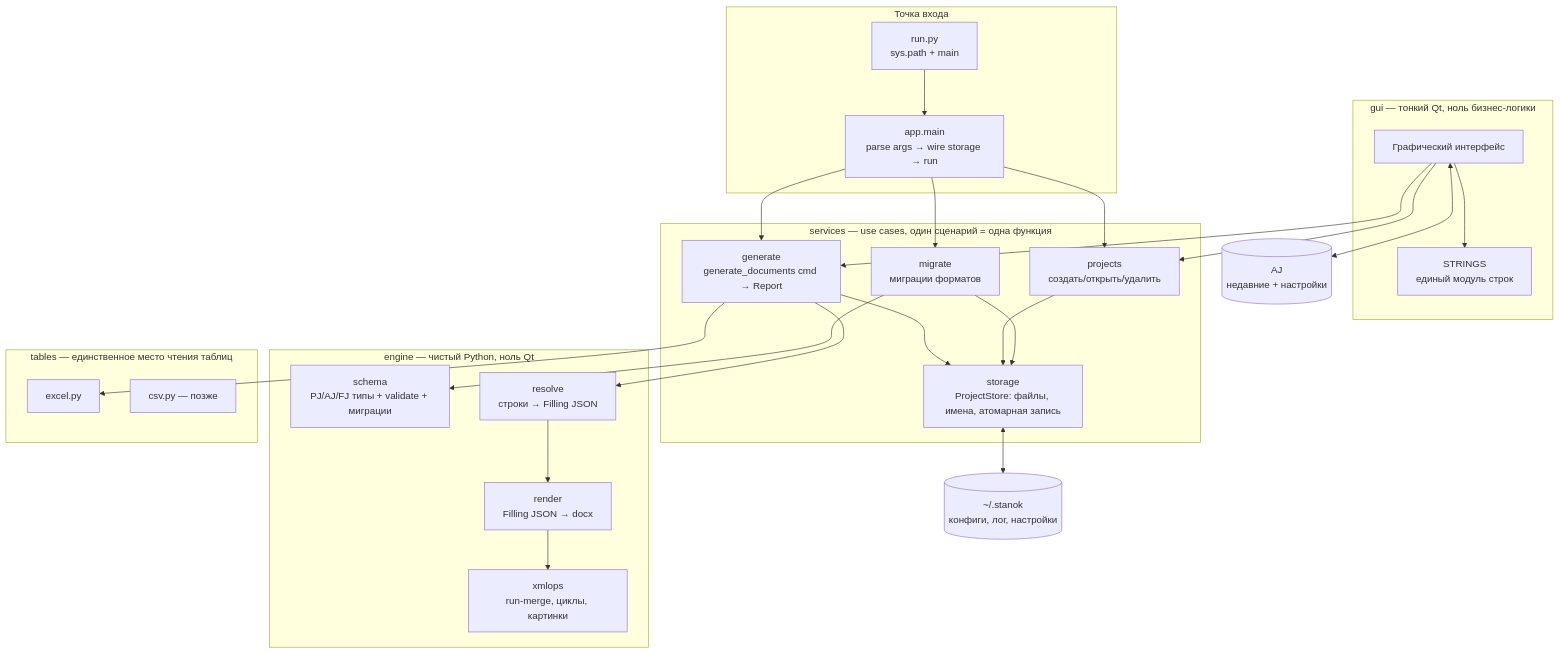
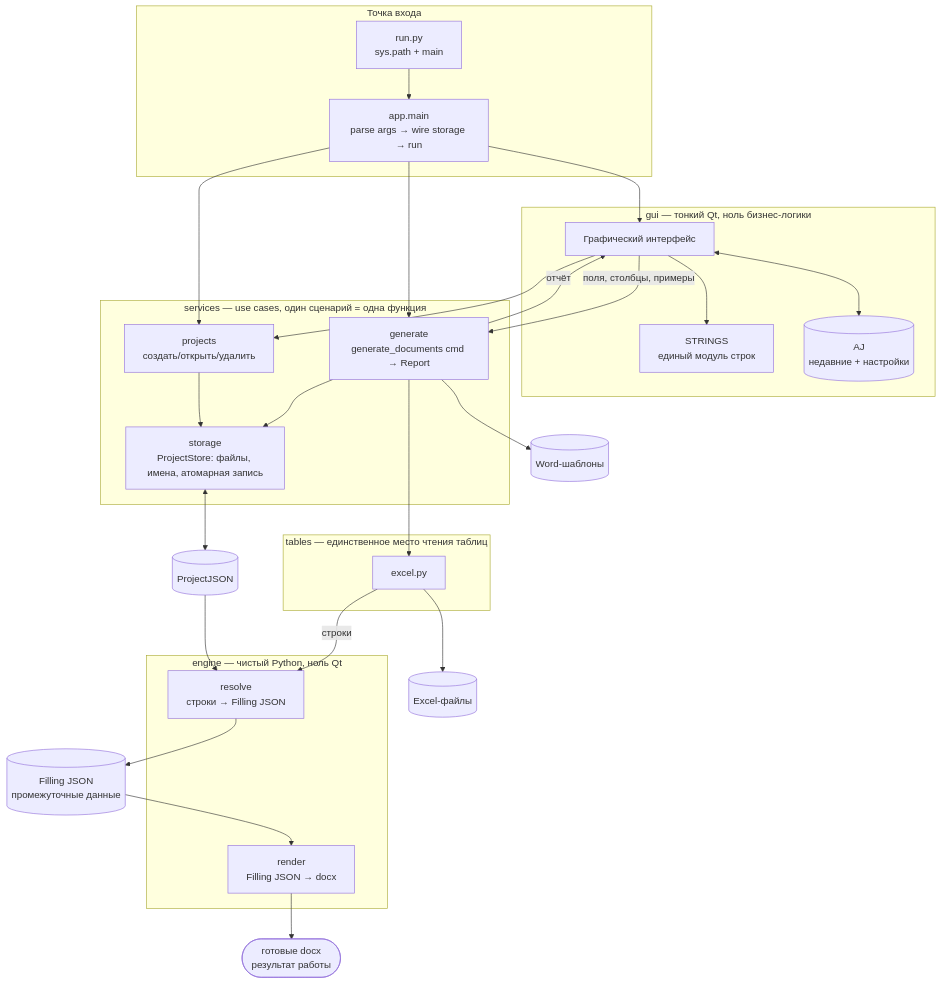
One commit to kirill406/Stanok changed the diagram in docs/architecture.md. Above: the diagram before and after it, drawn with Mermaid. The commit also changed other lines of this file and 5 other files, not shown here.

Commit message:
Исправления по ревью: pre-commit кроссплатформенный, README/Spec/Architecture согласованы

````diff
--- a/docs/architecture.md
+++ b/docs/architecture.md
@@ -30,40 +112,39 @@
 ```mermaid
 flowchart TB
     subgraph ENTRY["Точка входа"]
         RUN[run.py\nsys.path + main] --> APP[app.main\nparse args → wire storage → run]
     end
     subgraph GUI_LAYER["gui — тонкий Qt, ноль бизнес-логики"]
         WIN[Графический интерфейс] --> STR[STRINGS\nединый модуль строк]
+        WIN <--> AJ[(AJ\nнедавние + настройки)]
     end
     subgraph SVC["services — use cases, один сценарий = одна функция"]
         GEN[generate\ngenerate_documents cmd → Report]
         PROJ[projects\nсоздать/открыть/удалить]
-        MIG[migrate\nмиграции форматов]
         STO[storage\nProjectStore: файлы, имена, атомарная запись]
     end
     subgraph ENG["engine — чистый Python, ноль Qt"]
-        SCH[schema\nPJ/AJ/FJ типы + validate + миграции]
         RES[resolve\nстроки → Filling JSON]
         REN[render\nFilling JSON → docx]
-        XMLO[xmlops\nrun-merge, циклы, картинки]
     end
     subgraph TAB["tables — единственное место чтения таблиц"]
         XLS[excel.py]
-        CSVF[csv.py — позже]
     end
+    APP --> WIN
     APP --> GEN
     APP --> PROJ
-    APP --> MIG
-    WIN --> GEN
+    WIN -- поля, столбцы, примеры --> GEN
+    GEN -- отчёт --> WIN
     WIN --> PROJ
+    GEN --> WORD[(Word-шаблоны)]
     GEN --> XLS
-    GEN --> RES
-    RES --> REN
-    REN --> XMLO
+    XLS --> EXCEL[(Excel-файлы)]
+    XLS -- строки --> RES
+    PJ --> RES
+    RES --> FJ[(Filling JSON\nпромежуточные данные)]
+    FJ --> REN
+    REN --> DOCX([готовые docx\nрезультат работы])
     GEN --> STO
     PROJ --> STO
-    MIG --> STO
-    MIG --> SCH
-    STO <--> HOME[(~/.stanok\nконфиги, лог, настройки)]
-    WIN <--> AJ[(AJ\nнедавние + настройки)]
+    STO <--> PJ[(ProjectJSON)]
 ```
````
